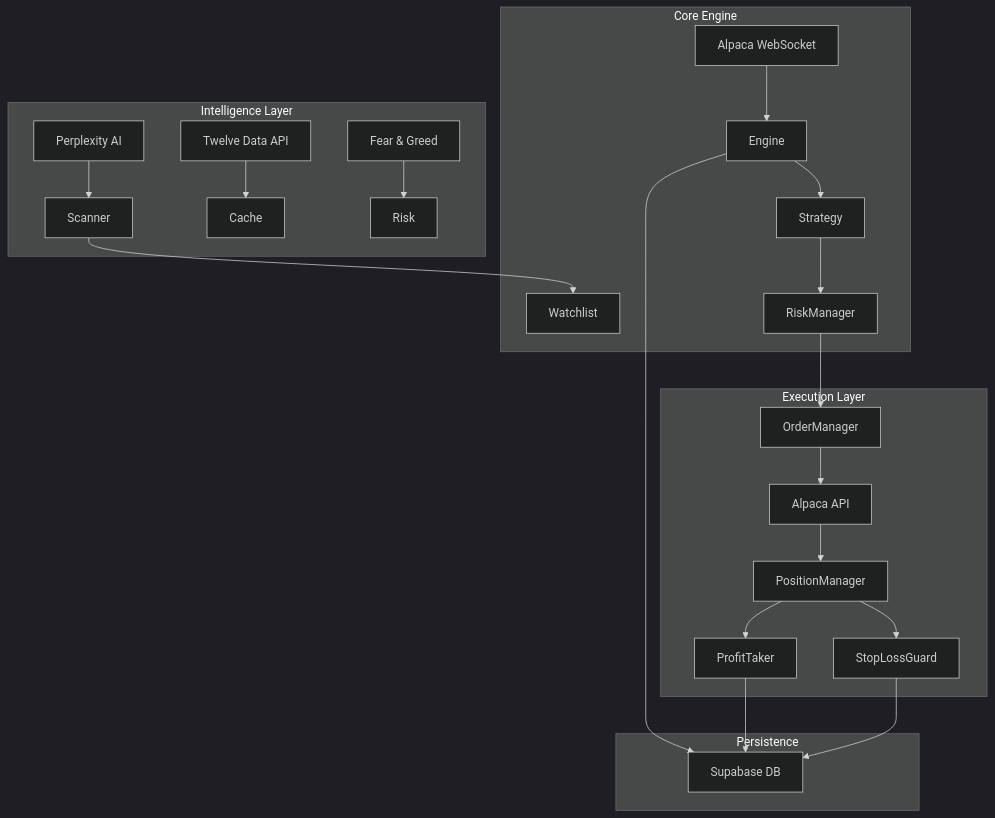
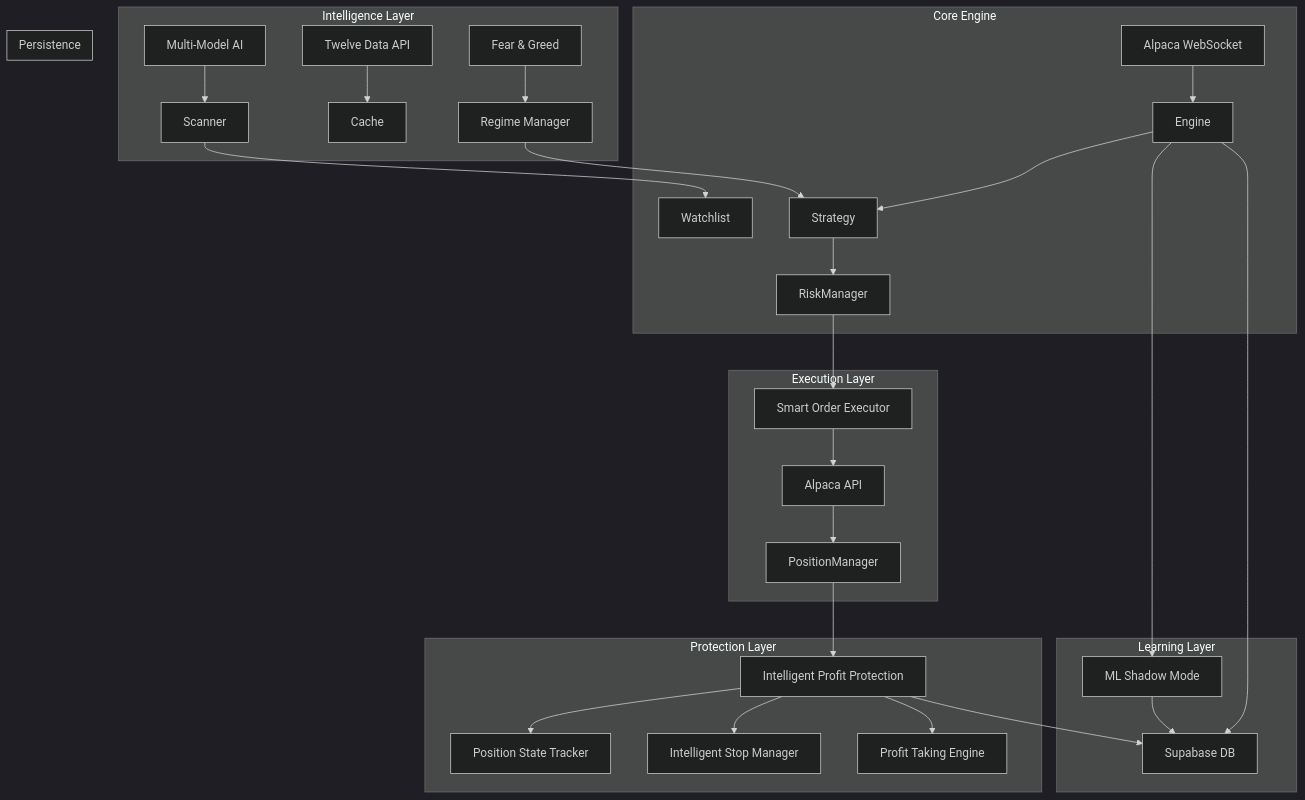
The diagram in README.md (codebytelabs/DayTraderAI), drawn with Mermaid (dark theme) before and after one commit. The commit also changed other lines of this file and 130 other files, not shown here.

First line of the commit message:
feat: Major update - Intelligent Profit Protection, Regime-Adaptive Strategy, Parameter Optimization

````diff
--- a/README.md
+++ b/README.md
@@ -97,29 +124,39 @@
 ```mermaid
 graph TD
     subgraph "Intelligence Layer"
-        AI[Perplexity AI] --> Scanner
+        AI[Multi-Model AI] --> Scanner
         Daily[Twelve Data API] --> Cache
-        Sentiment[Fear & Greed] --> Risk
+        Sentiment[Fear & Greed] --> Regime[Regime Manager]
     end
 
     subgraph "Core Engine"
         Scanner --> Watchlist
         Stream[Alpaca WebSocket] --> Engine
         Engine --> Strategy
         Strategy --> RiskManager
+        Regime --> Strategy
     end
 
     subgraph "Execution Layer"
-        RiskManager --> OrderManager
-        OrderManager --> Alpaca[Alpaca API]
+        RiskManager --> SmartExecutor[Smart Order Executor]
+        SmartExecutor --> Alpaca[Alpaca API]
         Alpaca --> PositionManager
-        PositionManager --> ProfitTaker
-        PositionManager --> StopLossGuard
+    end
+
+    subgraph "Protection Layer"
+        PositionManager --> ProfitProtection[Intelligent Profit Protection]
+        ProfitProtection --> StateTracker[Position State Tracker]
+        ProfitProtection --> StopManager[Intelligent Stop Manager]
+        ProfitProtection --> ProfitEngine[Profit Taking Engine]
+    end
+
+    subgraph "Learning Layer"
+        Engine --> MLShadow[ML Shadow Mode]
+        MLShadow --> Supabase
     end
 
     subgraph "Persistence"
         Engine --> Supabase[Supabase DB]
-        ProfitTaker --> Supabase
-        StopLossGuard --> Supabase
+        ProfitProtection --> Supabase
     end
 ```
````
